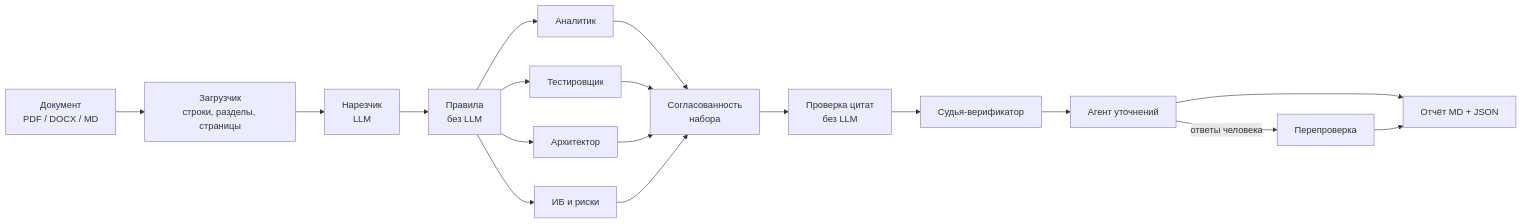
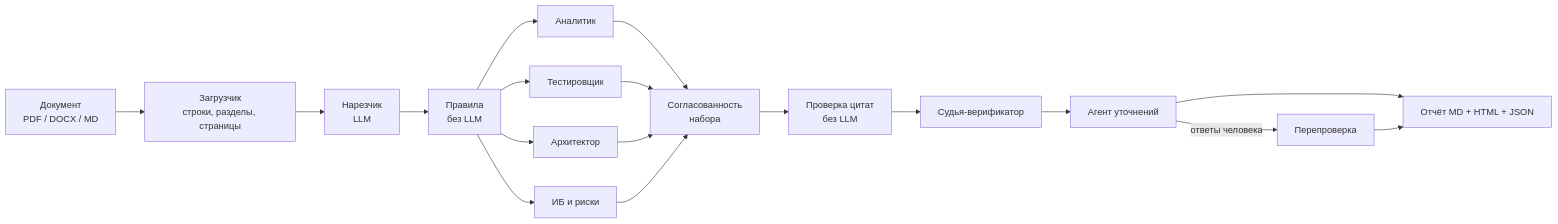
The diagram in README.md (ERA216/Hac), drawn with Mermaid before and after one commit. The commit also changed other lines of this file and 12 other files, not shown here.

First line of the commit message:
Интерактивный HTML-отчёт, веб-интерфейс, параллельные ревьюеры

````diff
--- a/README.md
+++ b/README.md
@@ -79,17 +129,17 @@
 ```mermaid
 flowchart LR
     A[Документ<br>PDF / DOCX / MD] --> B[Загрузчик<br>строки, разделы, страницы]
     B --> C[Нарезчик<br>LLM]
     C --> D[Правила<br>без LLM]
     D --> E1[Аналитик]
     D --> E2[Тестировщик]
     D --> E3[Архитектор]
     D --> E4[ИБ и риски]
     E1 & E2 & E3 & E4 --> F[Согласованность<br>набора]
     F --> G[Проверка цитат<br>без LLM]
     G --> H[Судья-верификатор]
     H --> I[Агент уточнений]
     I -->|ответы человека| J[Перепроверка]
-    I --> K[Отчёт MD + JSON]
+    I --> K[Отчёт MD + HTML + JSON]
     J --> K
 ```
````
